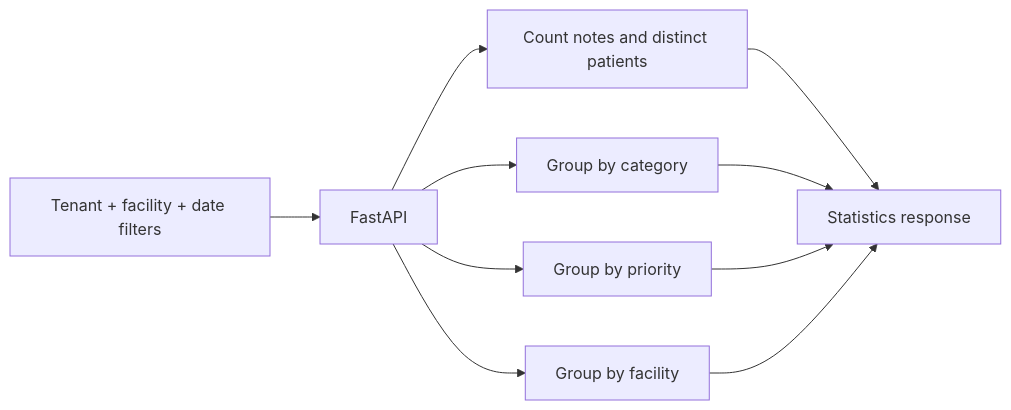
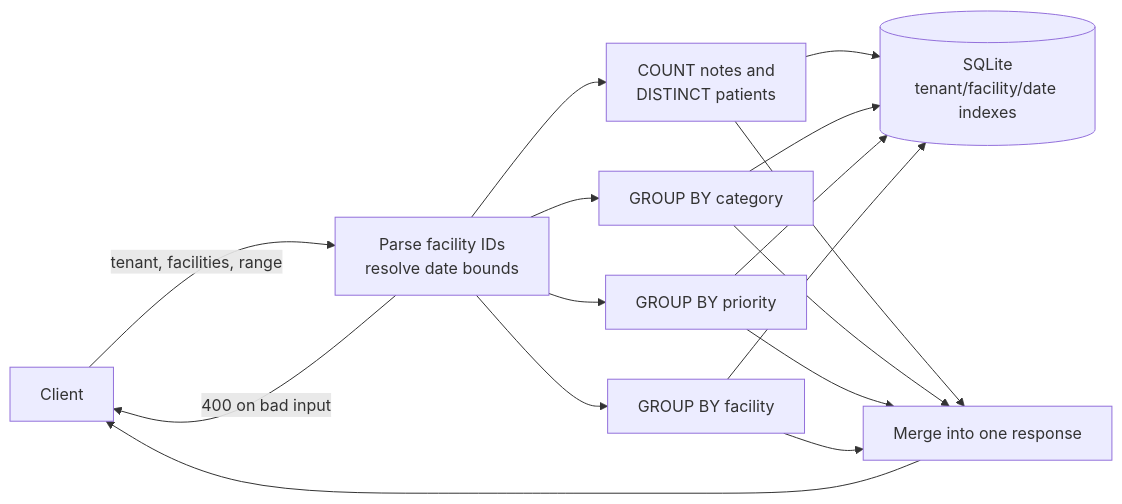
Before and after one commit to anees-z-01/care-records-api: the diagram in README.md, drawn with Mermaid. The commit also changed other lines of this file and 2 other files, not shown here.

First line of the commit message:
Rewrite the README around Compose and captured API exchanges

````diff
--- a/README.md
+++ b/README.md
@@ -63,12 +175,11 @@
 ```mermaid
 flowchart LR
-    Request[Tenant + facility + date filters] --> API[FastAPI]
-    API --> Total[Count notes and distinct patients]
-    API --> Category[Group by category]
-    API --> Priority[Group by priority]
-    API --> Facility[Group by facility]
-    Total --> Response[Statistics response]
-    Category --> Response
-    Priority --> Response
-    Facility --> Response
+    Client -->|tenant, facilities, range| Validate[Parse facility IDs<br/>resolve date bounds]
+    Validate -->|400 on bad input| Client
+    Validate --> Q1[COUNT notes and<br/>DISTINCT patients]
+    Validate --> Q2[GROUP BY category]
+    Validate --> Q3[GROUP BY priority]
+    Validate --> Q4[GROUP BY facility]
+    Q1 & Q2 & Q3 & Q4 --> SQLite[(SQLite<br/>tenant/facility/date indexes)]
+    Q1 & Q2 & Q3 & Q4 --> Merge[Merge into one response] --> Client
 ```
````
